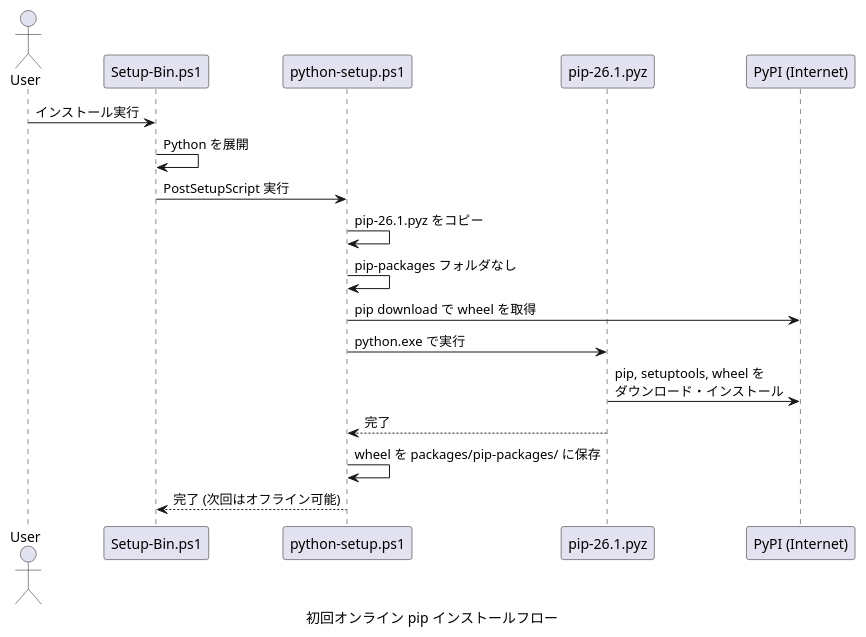
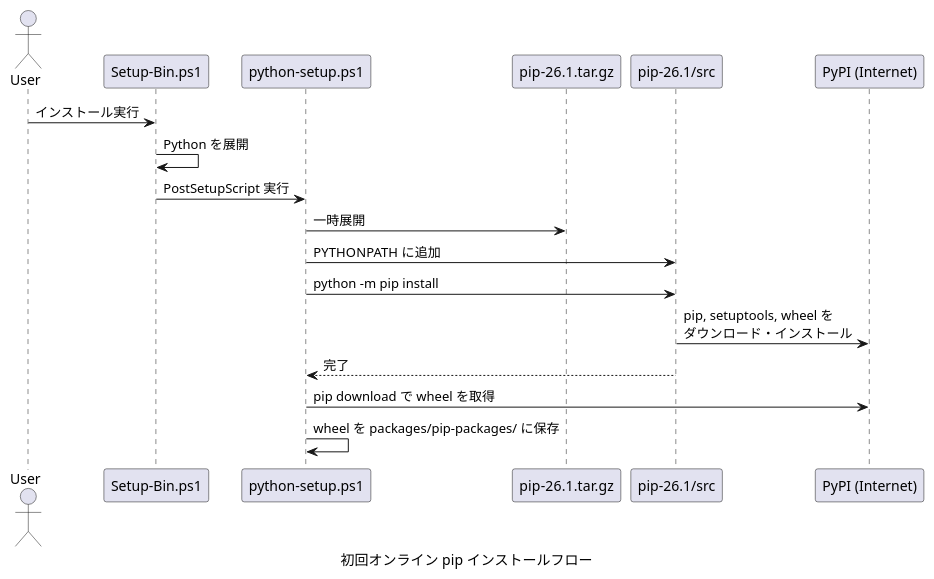
The fourth of 4 diagrams in docs-src/offline-pip-design.md (Hondarer/devbin-win), drawn with PlantUML before and after one commit. The commit also changed other lines of this file and 6 other files, not shown here.

````diff
--- a/docs-src/offline-pip-design.md
+++ b/docs-src/offline-pip-design.md
@@ -287,25 +143,22 @@
 ```plantuml
 @startuml 初回オンライン pip インストールフロー
 caption 初回オンライン pip インストールフロー
 actor User
 participant "Setup-Bin.ps1" as Setup
 participant "python-setup.ps1" as PySetup
-participant "pip-26.1.pyz" as GetPip
+participant "pip-26.1.tar.gz" as PipSrc
+participant "pip-26.1/src" as PipModule
 participant "PyPI (Internet)" as PyPI
 
 User -> Setup: インストール実行
 Setup -> Setup: Python を展開
 Setup -> PySetup: PostSetupScript 実行
-
-PySetup -> PySetup: pip-26.1.pyz をコピー
-PySetup -> PySetup: pip-packages フォルダなし
-
+PySetup -> PipSrc: 一時展開
+PySetup -> PipModule: PYTHONPATH に追加
+PySetup -> PipModule: python -m pip install
+PipModule -> PyPI: pip, setuptools, wheel を\nダウンロード・インストール
+PipModule --> PySetup: 完了
 PySetup -> PyPI: pip download で wheel を取得
-PySetup -> GetPip: python.exe で実行
-GetPip -> PyPI: pip, setuptools, wheel を\nダウンロード・インストール
-GetPip --> PySetup: 完了
-
 PySetup -> PySetup: wheel を packages/pip-packages/ に保存
-PySetup --> Setup: 完了 (次回はオフライン可能)
 @enduml
 ```
````
